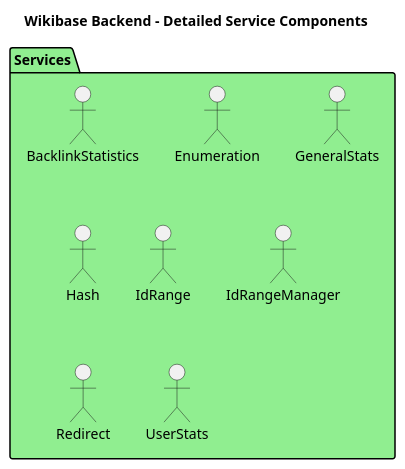
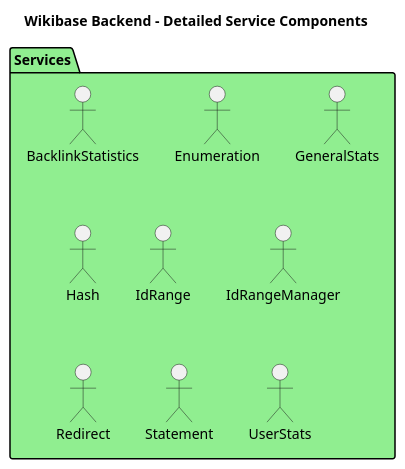
The diagram in doc/DIAGRAMS/detailed_service_components.puml (dpriskorn/entitybase-backend), drawn with PlantUML before and after one commit. The commit also changed 51 other files, not shown here.

```diff
--- a/doc/DIAGRAMS/detailed_service_components.puml
+++ b/doc/DIAGRAMS/detailed_service_components.puml
@@ -1,16 +1,17 @@
 @startuml Detailed Service Components
 
 title Wikibase Backend - Detailed Service Components
 
 package "Services" as Services #LightGreen {
     "BacklinkStatistics" as BacklinkStatisticsService
     "Enumeration" as EnumerationService
     "GeneralStats" as GeneralStatsService
     "Hash" as HashService
     "IdRange" as IdRange
     "IdRangeManager" as IdRangeManager
     "Redirect" as RedirectService
+    "Statement" as StatementService
     "UserStats" as UserStatsService
 }
 
 @enduml
```
